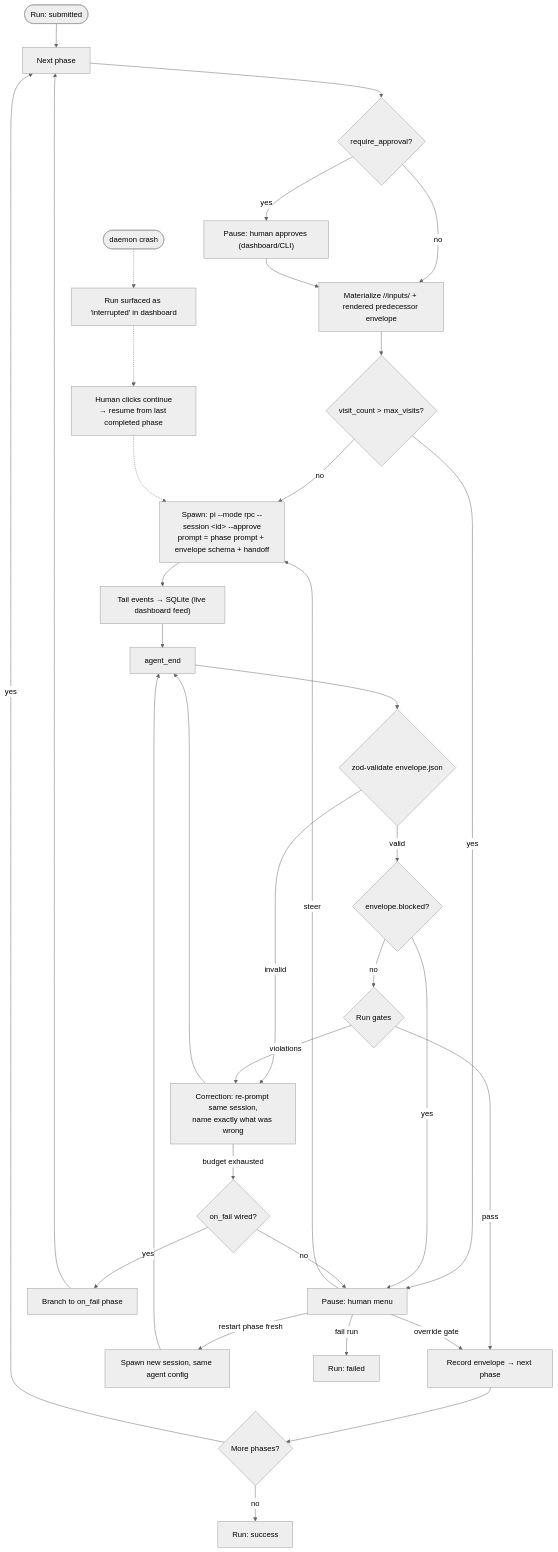
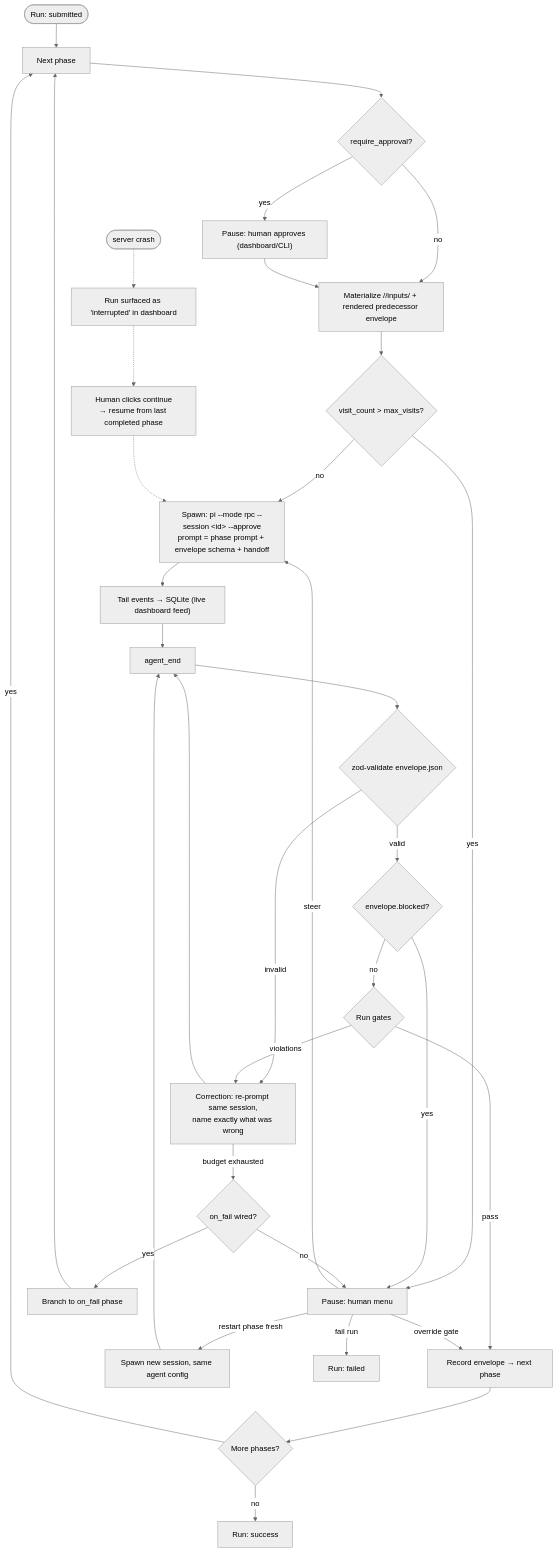
Before and after one commit to trevor-atlas/showrunner: the diagram in docs/diagrams/run-loop.md, drawn with Mermaid (neutral theme). The commit also changed 364 other files, not shown here.

````diff
--- a/docs/diagrams/run-loop.md
+++ b/docs/diagrams/run-loop.md
@@ -3,34 +3,34 @@
 ```mermaid
 flowchart TD
     Start(["Run: submitted"]) --> Next["Next phase"]
     Next --> Appr{"require_approval?"}
     Appr -- "no" --> Mat
     Appr -- "yes" --> WaitAppr["Pause: human approves (dashboard/CLI)"]
     WaitAppr --> Mat
     Mat["Materialize <run_id>/<phase>/inputs/ + rendered predecessor envelope"] --> Vis{"visit_count > max_visits?"}
     Vis -- "no" --> Spawn["Spawn: pi --mode rpc --session &lt;id&gt; --approve<br/>prompt = phase prompt + envelope schema + handoff"]
     Vis -- "yes" --> Pause
     Spawn --> Tail["Tail events → SQLite (live dashboard feed)"]
     Tail --> End["agent_end"]
     End --> Parse{"zod-validate envelope.json"}
     Parse -- "invalid" --> Corr["Correction: re-prompt same session,<br/>name exactly what was wrong"]
     Corr --> End
     Parse -- "valid" --> Blocked{"envelope.blocked?"}
     Blocked -- "no" --> Gates{"Run gates"}
     Blocked -- "yes" --> Pause
     Gates -- "violations" --> Corr
     Gates -- "pass" --> Record["Record envelope → next phase"]
     Record --> More{"More phases?"}
     More -- "yes" --> Next
     More -- "no" --> Done["Run: success"]
     Corr -- "budget exhausted" --> FailW{"on_fail wired?"}
     FailW -- "yes" --> Branch["Branch to on_fail phase"] --> Next
     FailW -- "no" --> Pause["Pause: human menu"]
     Pause -- "steer" --> Spawn
     Pause -- "override gate" --> Record
     Pause -- "restart phase fresh" --> Fresh["Spawn new session, same agent config"] --> End
     Pause -- "fail run" --> Failed["Run: failed"]
-    Crash(["daemon crash"]) -.-> Surf["Run surfaced as 'interrupted' in dashboard"]
+    Crash(["server crash"]) -.-> Surf["Run surfaced as 'interrupted' in dashboard"]
     Surf -.-> Resume["Human clicks continue<br/>→ resume from last completed phase"]
     Resume -.-> Spawn
 ```
````
